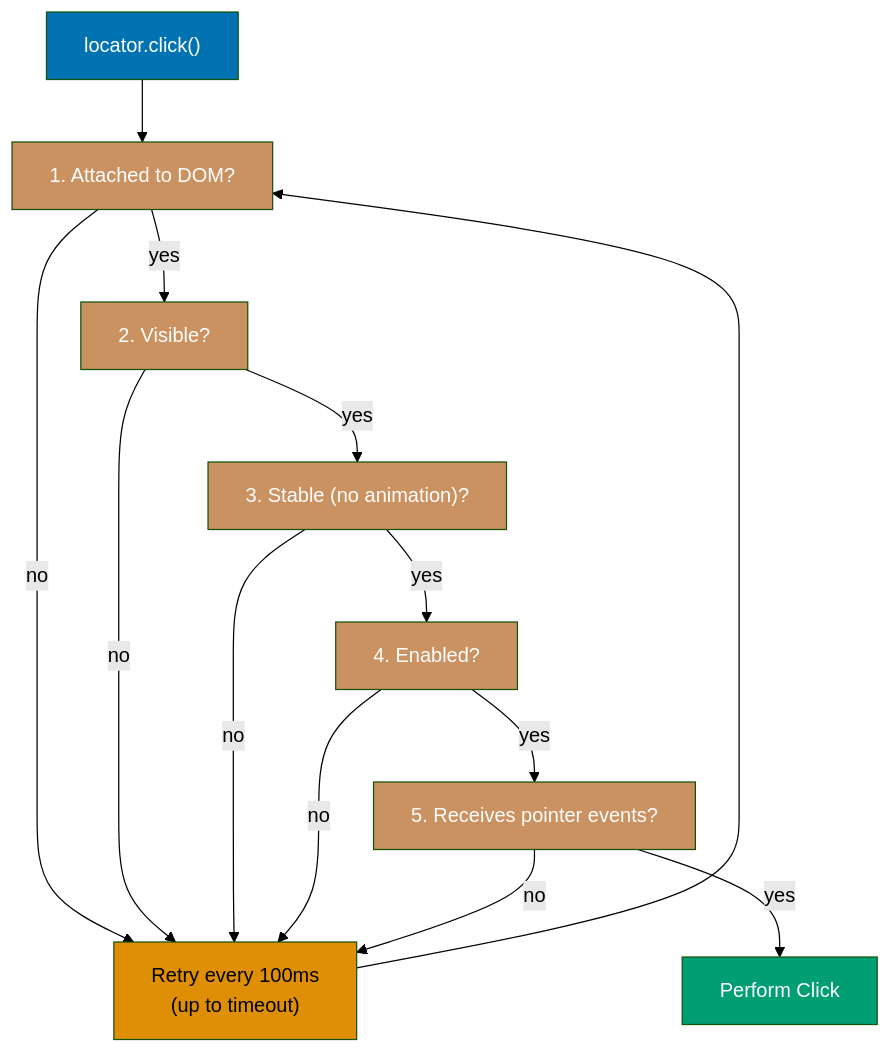
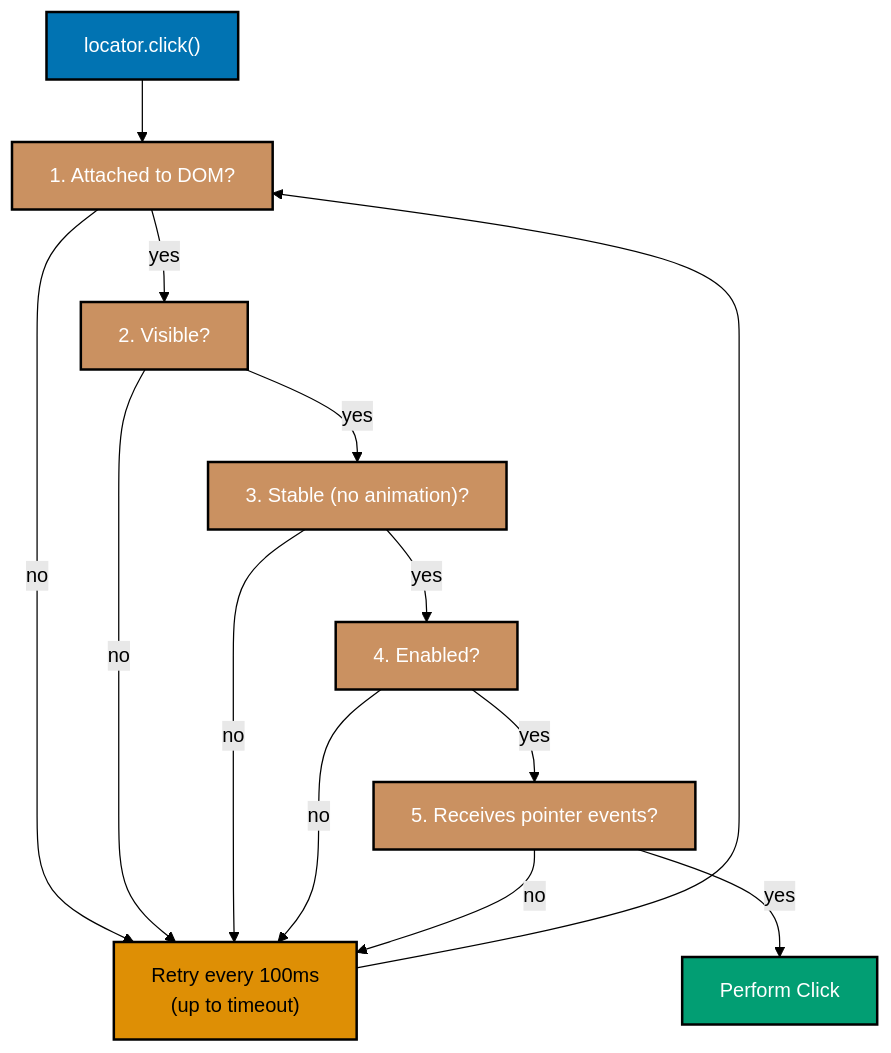
One commit to wahidyankf/open-sharia-enterprise changed the fifth of 15 diagrams in apps/ayokoding-web/content/en/learn/software-engineering/automation-testing/tools/playwright/by-example/beginner.md. Above: the diagram before and after it, drawn with Mermaid (forest theme). The commit also changed other lines of this file and 25 other files, not shown here.

````diff
--- a/apps/ayokoding-web/content/en/learn/software-engineering/automation-testing/tools/playwright/by-example/beginner.md
+++ b/apps/ayokoding-web/content/en/learn/software-engineering/automation-testing/tools/playwright/by-example/beginner.md
@@ -271,25 +271,25 @@
 ```mermaid
 %% Color Palette: Blue #0173B2, Orange #DE8F05, Teal #029E73, Purple #CC78BC, Brown #CA9161
 graph TD
     Click["locator.click()"] --> Attached["1. Attached to DOM?"]
     Attached -->|no| Retry["Retry every 100ms<br/>(up to timeout)"]
     Retry --> Attached
     Attached -->|yes| Visible["2. Visible?"]
     Visible -->|no| Retry
     Visible -->|yes| Stable["3. Stable (no animation)?"]
     Stable -->|no| Retry
     Stable -->|yes| Enabled["4. Enabled?"]
     Enabled -->|no| Retry
     Enabled -->|yes| Pointer["5. Receives pointer events?"]
     Pointer -->|no| Retry
     Pointer -->|yes| Perform["Perform Click"]
 
-    style Click fill:#0173B2,color:#fff
-    style Retry fill:#DE8F05,color:#000
-    style Perform fill:#029E73,color:#fff
-    style Attached fill:#CA9161,color:#fff
-    style Visible fill:#CA9161,color:#fff
-    style Stable fill:#CA9161,color:#fff
-    style Enabled fill:#CA9161,color:#fff
-    style Pointer fill:#CA9161,color:#fff
+    style Click fill:#0173B2,stroke:#000000,stroke-width:2px,color:#fff
+    style Retry fill:#DE8F05,stroke:#000000,stroke-width:2px,color:#000
+    style Perform fill:#029E73,stroke:#000000,stroke-width:2px,color:#fff
+    style Attached fill:#CA9161,stroke:#000000,stroke-width:2px,color:#fff
+    style Visible fill:#CA9161,stroke:#000000,stroke-width:2px,color:#fff
+    style Stable fill:#CA9161,stroke:#000000,stroke-width:2px,color:#fff
+    style Enabled fill:#CA9161,stroke:#000000,stroke-width:2px,color:#fff
+    style Pointer fill:#CA9161,stroke:#000000,stroke-width:2px,color:#fff
 ```
````
